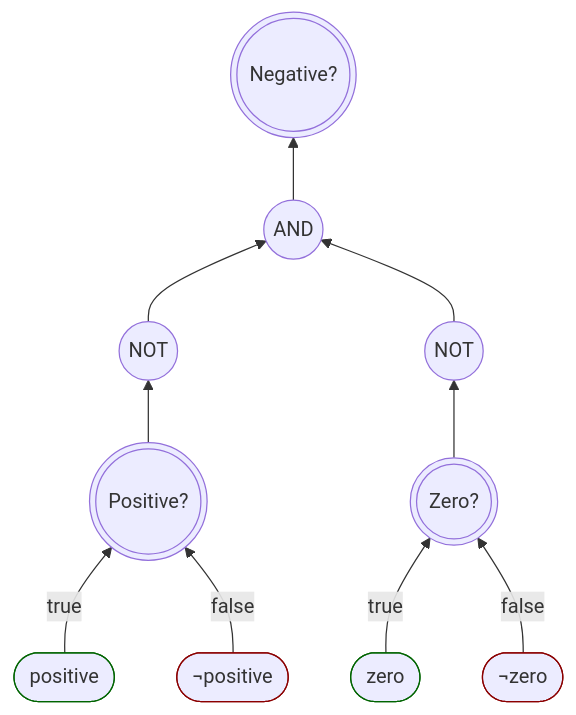
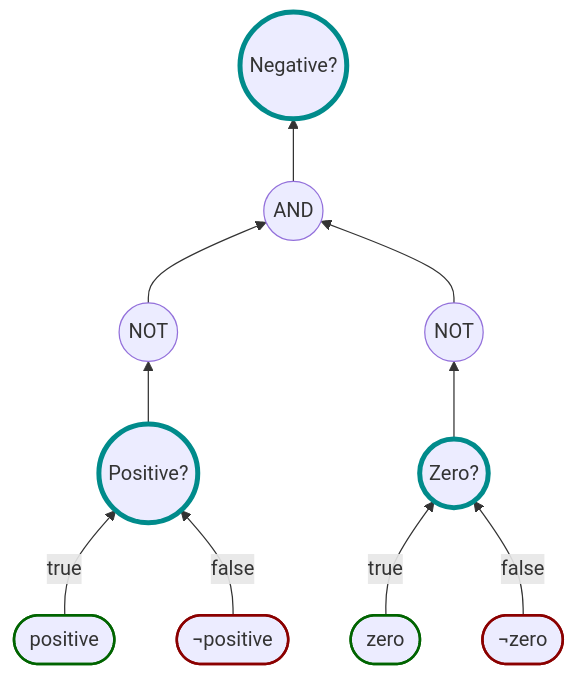
Before and after one commit to karlssberg/Motiv: the diagram in tutorial/Operations.md, drawn with Mermaid. The commit also changed 8 other files, not shown here.

Commit message:
restyled diagrams corrected typos

````diff
--- a/tutorial/Operations.md
+++ b/tutorial/Operations.md
@@ -6,18 +6,20 @@
 ```mermaid
 flowchart BT
-    And((AND)) --> P(((Negative?)))
+    And((AND)) --> P((Negative?))
     NotPositive((NOT)) --> And((AND))
     NotZero((NOT)) --> And
-    IsPositive(((Positive?))) --> NotPositive
-    IsZero(((Zero?))) --> NotZero
+    IsPositive((Positive?)) --> NotPositive
+    IsZero((Zero?)) --> NotZero
     TrueIsPositive([positive]) -->|true| IsPositive
     FalseIsPositive([¬positive]) -->|false| IsPositive
     TrueIsZero([zero]) -->|true| IsZero
     FalseIsZero([¬zero]) -->|false| IsZero
 
-    style TrueIsZero stroke:darkgreen
-    style FalseIsZero stroke:darkred
-    style TrueIsPositive stroke:darkgreen
-    style FalseIsPositive stroke:darkred
-
+    style P stroke:darkcyan,stroke-width:4px
+    style IsPositive stroke:darkcyan,stroke-width:4px
+    style IsZero stroke:darkcyan,stroke-width:4px
+    style TrueIsZero stroke:darkgreen,stroke-width:2px
+    style FalseIsZero stroke:darkred,stroke-width:2px
+    style TrueIsPositive stroke:darkgreen,stroke-width:2px
+    style FalseIsPositive stroke:darkred,stroke-width:2px
 ```
````
